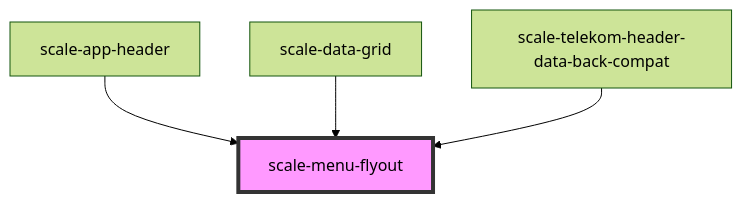
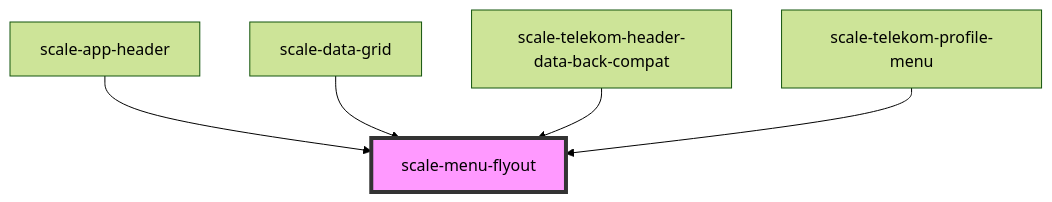
Before and after one commit to telekom/scale: the diagram in packages/components/src/components/menu-flyout/readme.md, drawn with Mermaid (forest theme). The commit also changed other lines of this file and 27 other files, not shown here.

Commit message:
fix(telekom-profile-menu): stories and flyout menu fixes (#2273)

````diff
--- a/packages/components/src/components/menu-flyout/readme.md
+++ b/packages/components/src/components/menu-flyout/readme.md
@@ -33,7 +35,8 @@
 ```mermaid
 graph TD;
   scale-app-header --> scale-menu-flyout
   scale-data-grid --> scale-menu-flyout
   scale-telekom-header-data-back-compat --> scale-menu-flyout
+  scale-telekom-profile-menu --> scale-menu-flyout
   style scale-menu-flyout fill:#f9f,stroke:#333,stroke-width:4px
 ```
````
